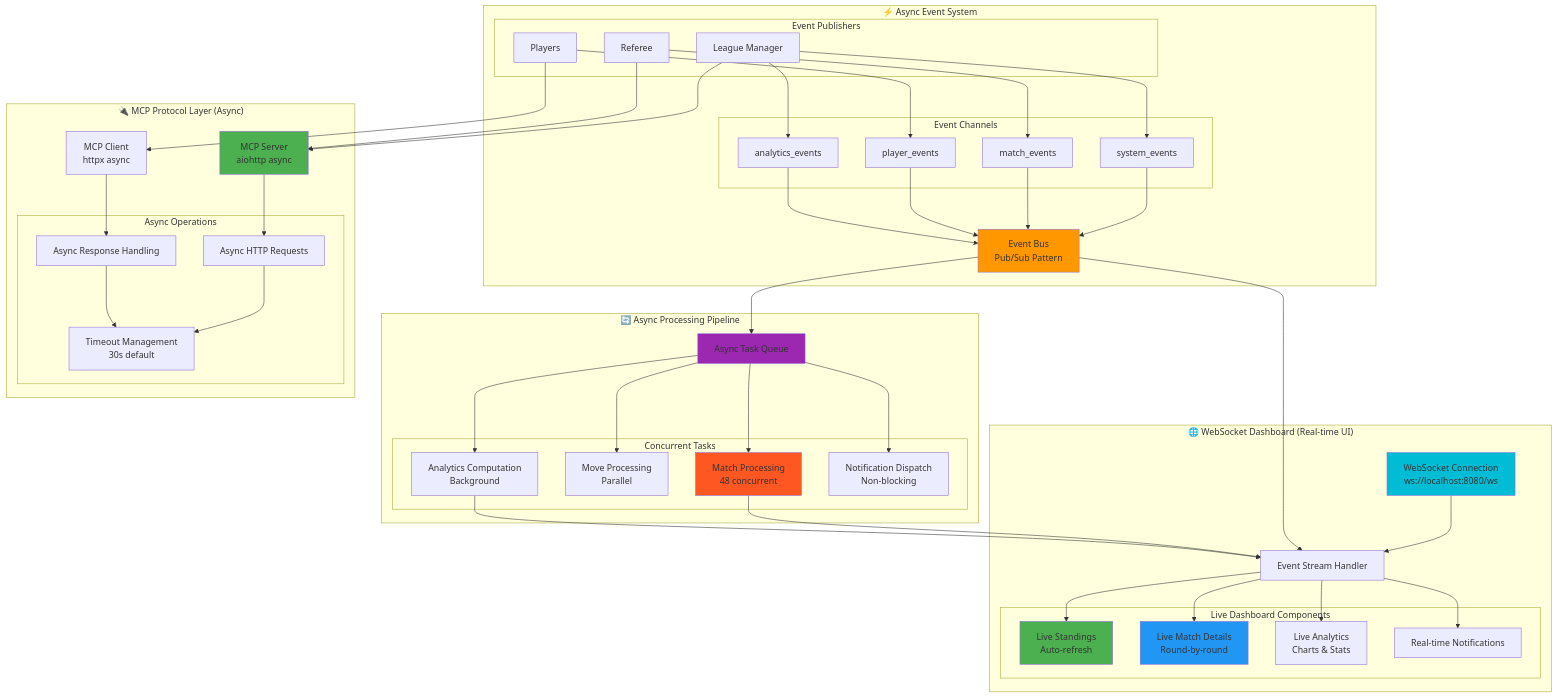
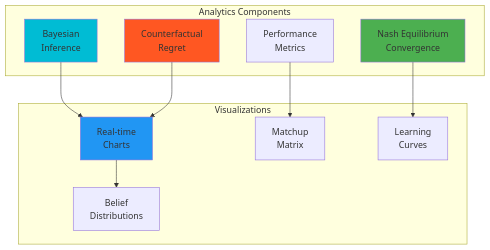
One commit to fouada/Assignment7_mcp-multi-agent-game changed diagram 16 of 18 in README.md. Above: the diagram before and after it, drawn with Mermaid. The commit also changed other lines of this file and 3 other files, not shown here.

````diff
--- a/README.md
+++ b/README.md
@@ -1395,101 +1656,28 @@
 ```mermaid
 graph TB
-    subgraph "🌐 WebSocket Dashboard (Real-time UI)"
-        WS_CONN[WebSocket Connection<br/>ws://localhost:8080/ws]
-        WS_EVENTS[Event Stream Handler]
-        
-        subgraph "Live Dashboard Components"
-            LIVE_STANDINGS[Live Standings<br/>Auto-refresh]
-            LIVE_MATCHES[Live Match Details<br/>Round-by-round]
-            LIVE_ANALYTICS[Live Analytics<br/>Charts & Stats]
-            LIVE_NOTIFICATIONS[Real-time Notifications]
-        end
-    end
-    
-    subgraph "⚡ Async Event System"
-        EVENT_BUS[Event Bus<br/>Pub/Sub Pattern]
-        
-        subgraph "Event Channels"
-            CH_SYSTEM[system_events]
-            CH_MATCH[match_events]
-            CH_PLAYER[player_events]
-            CH_ANALYTICS[analytics_events]
-        end
-        
-        subgraph "Event Publishers"
-            PUB_LM[League Manager]
-            PUB_REF[Referee]
-            PUB_PLY[Players]
-        end
-    end
-    
-    subgraph "🔄 Async Processing Pipeline"
-        ASYNC_QUEUE[Async Task Queue]
-        
-        subgraph "Concurrent Tasks"
-            TASK_MATCH[Match Processing<br/>48 concurrent]
-            TASK_MOVE[Move Processing<br/>Parallel]
-            TASK_ANALYTICS[Analytics Computation<br/>Background]
-            TASK_NOTIFICATION[Notification Dispatch<br/>Non-blocking]
-        end
-    end
-    
-    subgraph "🔌 MCP Protocol Layer (Async)"
-        MCP_SERVER[MCP Server<br/>aiohttp async]
-        MCP_CLIENT[MCP Client<br/>httpx async]
-        
-        subgraph "Async Operations"
-            ASYNC_REQ[Async HTTP Requests]
-            ASYNC_RESP[Async Response Handling]
-            ASYNC_TIMEOUT[Timeout Management<br/>30s default]
-        end
+    subgraph "Analytics Components"
+        BAYES[Bayesian<br/>Inference]
+        REGRET[Counterfactual<br/>Regret]
+        CONV[Nash Equilibrium<br/>Convergence]
+        PERF[Performance<br/>Metrics]
     end
 
-    %% WebSocket Connections
-    WS_CONN --> WS_EVENTS
-    WS_EVENTS --> LIVE_STANDINGS
-    WS_EVENTS --> LIVE_MATCHES
-    WS_EVENTS --> LIVE_ANALYTICS
-    WS_EVENTS --> LIVE_NOTIFICATIONS
+    subgraph "Visualizations"
+        CHARTS[Real-time<br/>Charts]
+        MATRIX[Matchup<br/>Matrix]
+        LEARNING[Learning<br/>Curves]
+        BELIEFS[Belief<br/>Distributions]
+    end
 
-    %% Event Bus Flow
-    PUB_LM --> CH_SYSTEM
-    PUB_LM --> CH_ANALYTICS
-    PUB_REF --> CH_MATCH
-    PUB_PLY --> CH_PLAYER
+    BAYES --> CHARTS
+    REGRET --> CHARTS
+    CONV --> LEARNING
+    PERF --> MATRIX
     
-    CH_SYSTEM --> EVENT_BUS
-    CH_MATCH --> EVENT_BUS
-    CH_PLAYER --> EVENT_BUS
-    CH_ANALYTICS --> EVENT_BUS
-    
-    EVENT_BUS --> WS_EVENTS
+    CHARTS --> BELIEFS
 
-    %% Async Processing
-    EVENT_BUS --> ASYNC_QUEUE
-    ASYNC_QUEUE --> TASK_MATCH
-    ASYNC_QUEUE --> TASK_MOVE
-    ASYNC_QUEUE --> TASK_ANALYTICS
-    ASYNC_QUEUE --> TASK_NOTIFICATION
-    
-    TASK_MATCH --> WS_EVENTS
-    TASK_ANALYTICS --> WS_EVENTS
-
-    %% MCP Async Operations
-    PUB_LM --> MCP_SERVER
-    PUB_REF --> MCP_SERVER
-    PUB_PLY --> MCP_CLIENT
-    
-    MCP_SERVER --> ASYNC_REQ
-    MCP_CLIENT --> ASYNC_RESP
-    ASYNC_REQ --> ASYNC_TIMEOUT
-    ASYNC_RESP --> ASYNC_TIMEOUT
-
-    style WS_CONN fill:#00BCD4
-    style EVENT_BUS fill:#FF9800
-    style ASYNC_QUEUE fill:#9C27B0
-    style MCP_SERVER fill:#4CAF50
-    style LIVE_STANDINGS fill:#4CAF50
-    style LIVE_MATCHES fill:#2196F3
-    style TASK_MATCH fill:#FF5722
+    style BAYES fill:#00BCD4
+    style REGRET fill:#FF5722
+    style CONV fill:#4CAF50
+    style CHARTS fill:#2196F3
 ```
````
